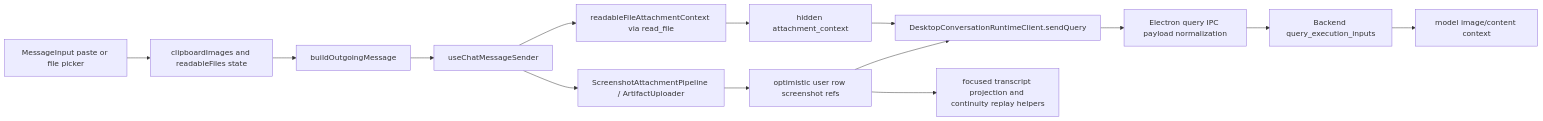
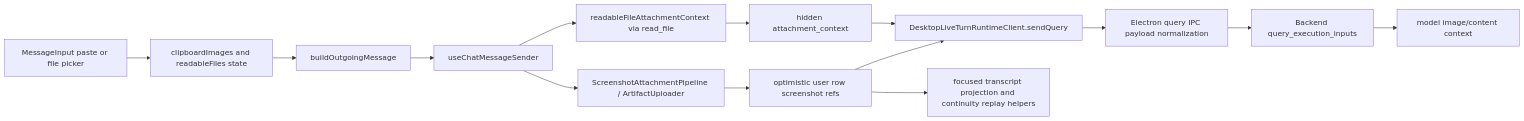
The diagram in docs/frontend/renderer/chat/chat_attachment_change_workflow.md (buiilding/My_Own_OpenClaw), drawn with Mermaid before and after one commit. The commit also changed other lines of this file and 33 other files, not shown here.

Commit message:
refactor(frontend-sdk): rename live turn runtime

````diff
--- a/docs/frontend/renderer/chat/chat_attachment_change_workflow.md
+++ b/docs/frontend/renderer/chat/chat_attachment_change_workflow.md
@@ -18,16 +18,16 @@
 ```mermaid
 flowchart LR
     A["MessageInput paste or file picker"] --> B["clipboardImages and readableFiles state"]
     B --> C["buildOutgoingMessage"]
     C --> D["useChatMessageSender"]
     D --> E["ScreenshotAttachmentPipeline / ArtifactUploader"]
     D --> F["readableFileAttachmentContext via read_file"]
     E --> G["optimistic user row screenshot refs"]
     F --> H["hidden attachment_context"]
-    G --> I["DesktopConversationRuntimeClient.sendQuery"]
+    G --> I["DesktopLiveTurnRuntimeClient.sendQuery"]
     H --> I
     I --> J["Electron query IPC payload normalization"]
     J --> K["Backend query_execution_inputs"]
     K --> L["model image/content context"]
     G --> M["focused transcript projection and continuity replay helpers"]
 ```
````
